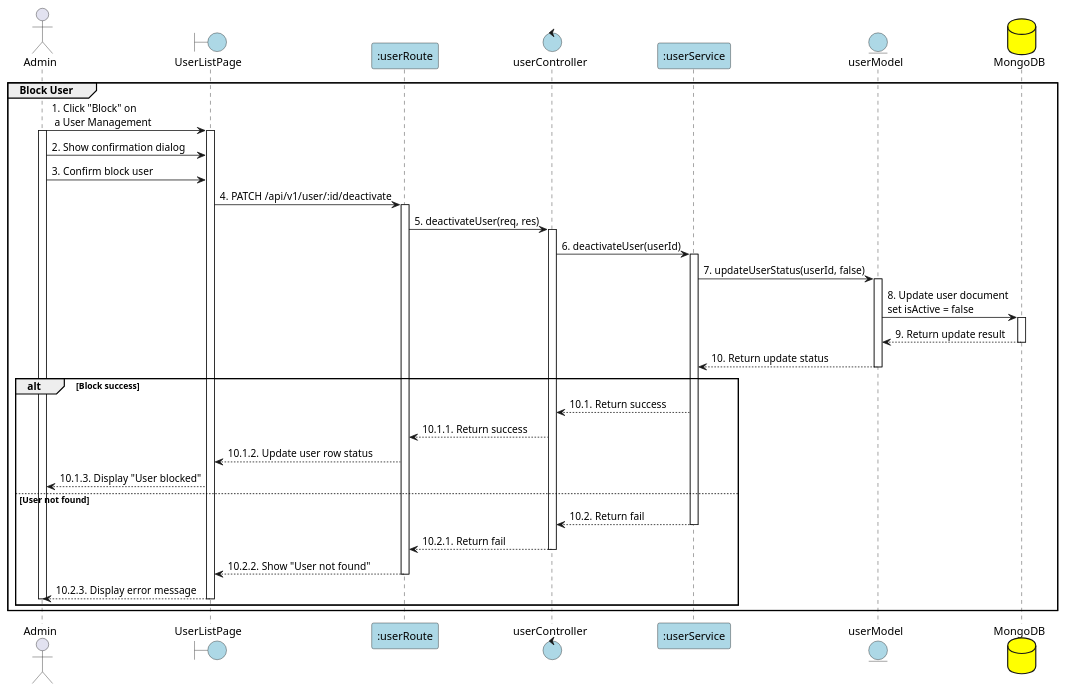
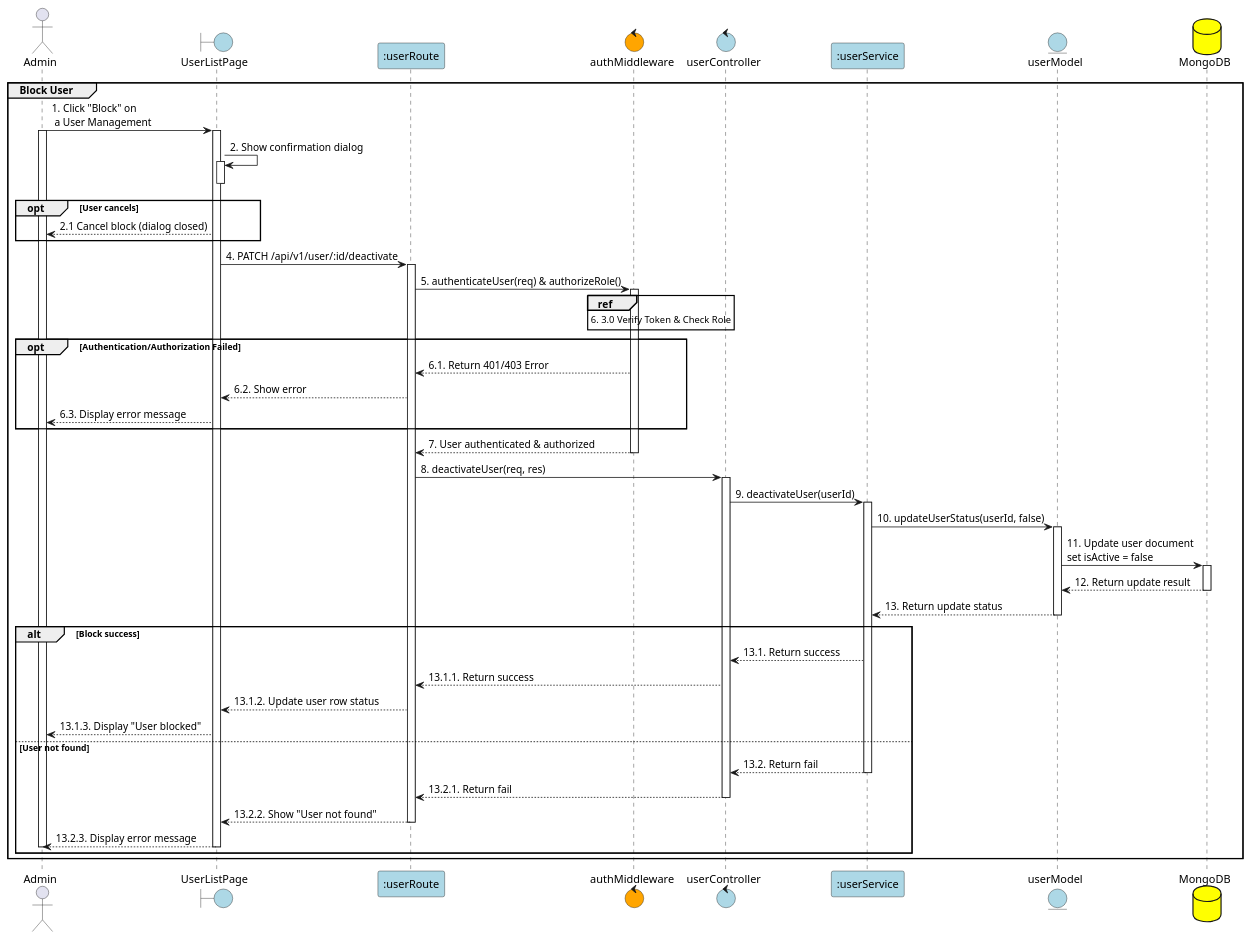
Before and after one commit to Aohkne/CaloCook: the diagram in PlanUML/10_blockUser.puml, drawn with PlantUML. The commit also changed 21 other files, not shown here.

```diff
--- a/PlanUML/10_blockUser.puml
+++ b/PlanUML/10_blockUser.puml
@@ -1,69 +1,82 @@
 @startuml BlockUser
 
 actor Admin
 boundary "UserListPage" as View #lightblue
 participant ":userRoute" as Route #lightblue
+control "authMiddleware" as Auth #orange
 control "userController" as Controller #lightblue
 participant ":userService" as Service #lightblue
 entity "userModel" as Model #lightblue
 database "MongoDB" as MongoDB #yellow
 
 group Block User
 Admin -> View: 1. Click "Block" on\n a User Management
 activate Admin
 activate View
-Admin -> View: 2. Show confirmation dialog
-Admin -> View: 3. Confirm block user
-
+View -> View: 2. Show confirmation dialog
+activate View
+deactivate View
+opt User cancels
+    View --> Admin: 2.1 Cancel block (dialog closed)
+end
 
 View -> Route: 4. PATCH /api/v1/user/:id/deactivate
 activate Route
+Route -> Auth: 5. authenticateUser(req) & authorizeRole()
+activate Auth
+ref over Auth : 6. 3.0 Verify Token & Check Role
 
-Route -> Controller: 5. deactivateUser(req, res)
+opt Authentication/Authorization Failed
+    Auth --> Route: 6.1. Return 401/403 Error
+    Route --> View: 6.2. Show error
+    View --> Admin: 6.3. Display error message
+end
+Auth --> Route: 7. User authenticated & authorized
+deactivate Auth
+Route -> Controller: 8. deactivateUser(req, res)
 activate Controller
 
-Controller -> Service: 6. deactivateUser(userId)
+Controller -> Service: 9. deactivateUser(userId)
 activate Service
 
-Service -> Model: 7. updateUserStatus(userId, false)
+Service -> Model: 10. updateUserStatus(userId, false)
 activate Model
 
-Model -> MongoDB: 8. Update user document\nset isActive = false
+Model -> MongoDB: 11. Update user document\nset isActive = false
 activate MongoDB
 
-MongoDB --> Model: 9. Return update result
+MongoDB --> Model: 12. Return update result
 deactivate MongoDB
 
-Model --> Service: 10. Return update status
+Model --> Service: 13. Return update status
 deactivate Model
 
 alt Block success
-    Service --> Controller: 10.1. Return success
+    Service --> Controller: 13.1. Return success
+    Controller --> Route: 13.1.1. Return success
 
-    Controller --> Route: 10.1.1. Return success
+    Route --> View: 13.1.2. Update user row status
 
-    Route --> View: 10.1.2. Update user row status
-
-    View --> Admin: 10.1.3. Display "User blocked"
+    View --> Admin: 13.1.3. Display "User blocked"
 
 else User not found
-    Service --> Controller:10.2. Return fail
+    Service --> Controller: 13.2. Return fail
     deactivate Service
 
     
-    Controller --> Route: 10.2.1. Return fail
+    Controller --> Route: 13.2.1. Return fail
     deactivate Controller
 
 
-    Route --> View: 10.2.2. Show "User not found"
+    Route --> View: 13.2.2. Show "User not found"
     deactivate Route
 
 
-    View --> Admin: 10.2.3. Display error message
+    View --> Admin: 13.2.3. Display error message
     deactivate View
     deactivate Admin
 
 end
 
 end
 @enduml
```
